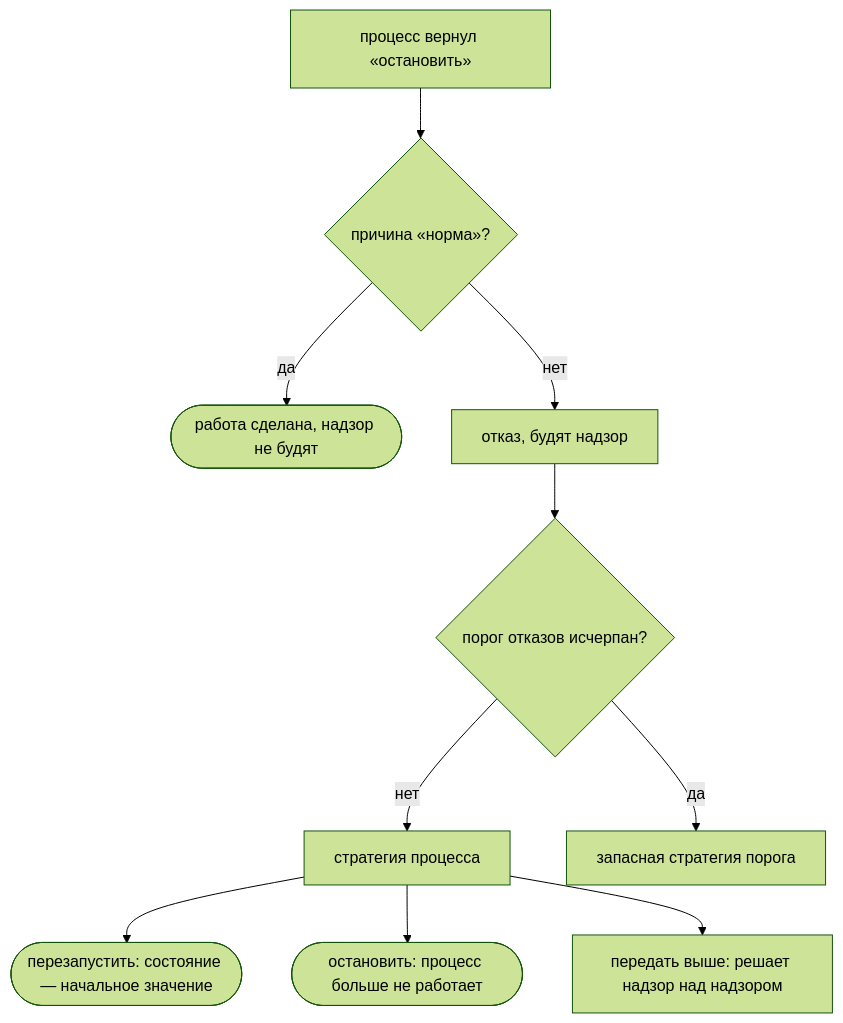
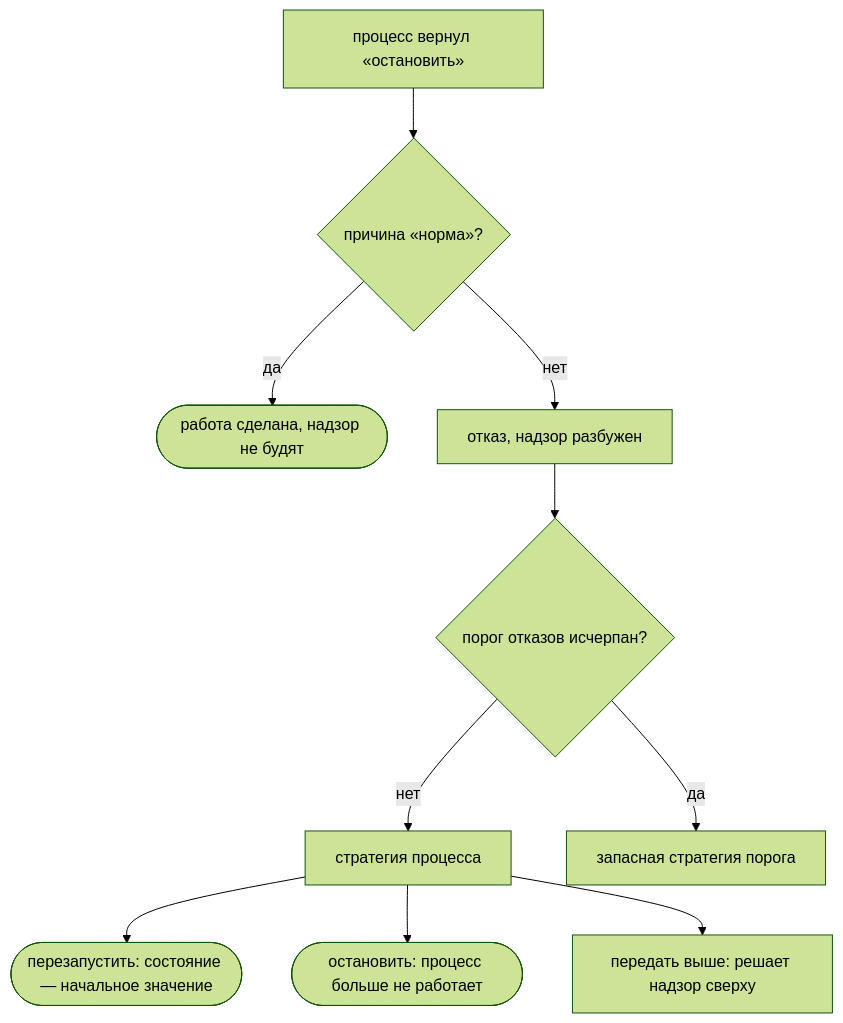
One commit to digitable-lol/flang changed the diagram in docs/site/processes.ru.md. Above: the diagram before and after it, drawn with Mermaid (forest theme). The commit also changed other lines of this file and 9 other files, not shown here.

````diff
--- a/docs/site/processes.ru.md
+++ b/docs/site/processes.ru.md
@@ -46,15 +98,15 @@
-```mermaid Что происходит, когда процесс упал
+```mermaid Что происходит при падении процесса
 flowchart TD
   A[процесс вернул «остановить»] --> B{причина «норма»?}
   B -->|да| C([работа сделана, надзор не будят])
-  B -->|нет| D[отказ, будят надзор]
+  B -->|нет| D[отказ, надзор разбужен]
   D --> E{порог отказов исчерпан?}
   E -->|нет| F[стратегия процесса]
   E -->|да| G[запасная стратегия порога]
   F --> H([перезапустить: состояние — начальное значение])
   F --> I([остановить: процесс больше не работает])
-  F --> J[передать выше: решает надзор над надзором]
+  F --> J[передать выше: решает надзор сверху]
   class D otkaz
   class C vyvod
   class H vyvod
 ```
````
